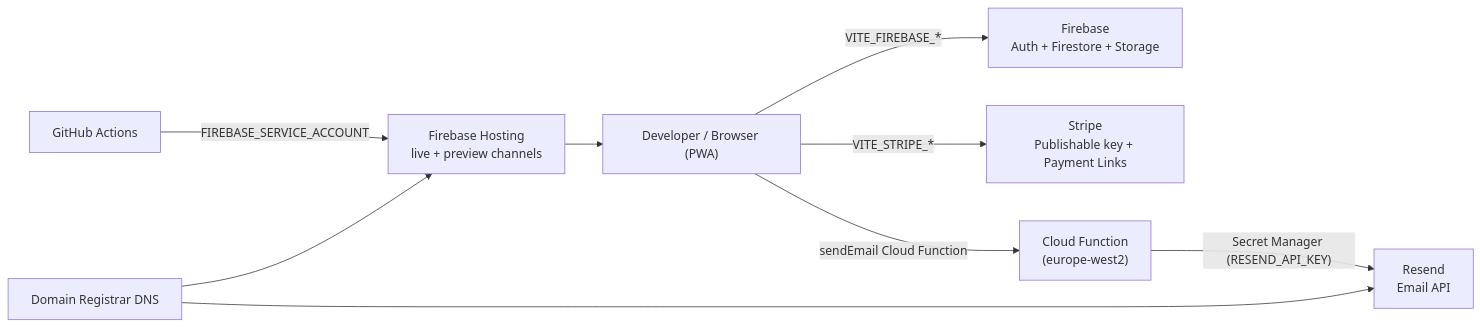
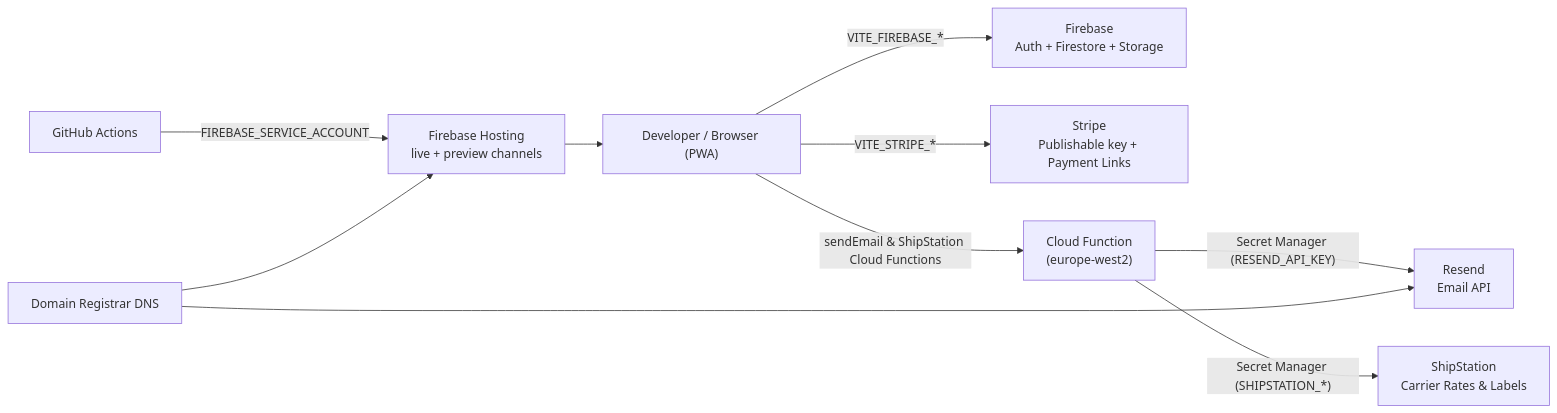
Before and after one commit to AnthonyWrather/ajwmes: the diagram in docs/SERVICES_SETUP.md, drawn with Mermaid. The commit also changed other lines of this file and 9 other files, not shown here.

First line of the commit message:
docs: sync AI instructions, documentation metrics, and user journey roadmap (#63)

````diff
--- a/docs/SERVICES_SETUP.md
+++ b/docs/SERVICES_SETUP.md
@@ -41,11 +43,12 @@
 ```mermaid
 flowchart LR
     Dev["Developer / Browser (PWA)"] -->|"VITE_FIREBASE_*"| FB["Firebase\nAuth + Firestore + Storage"]
     Dev -->|"VITE_STRIPE_*"| ST["Stripe\nPublishable key + Payment Links"]
-    Dev -->|"sendEmail Cloud Function"| CF["Cloud Function\n(europe-west2)"]
+    Dev -->|"sendEmail & ShipStation Cloud Functions"| CF["Cloud Function\n(europe-west2)"]
     CF -->|"Secret Manager (RESEND_API_KEY)"| RS["Resend\nEmail API"]
+    CF -->|"Secret Manager (SHIPSTATION_*)"| SS["ShipStation\nCarrier Rates & Labels"]
     GH["GitHub Actions"] -->|"FIREBASE_SERVICE_ACCOUNT"| HO["Firebase Hosting\nlive + preview channels"]
     HO --> Dev
     DNS["Domain Registrar DNS"] --> HO
     DNS --> RS
 ```
````
